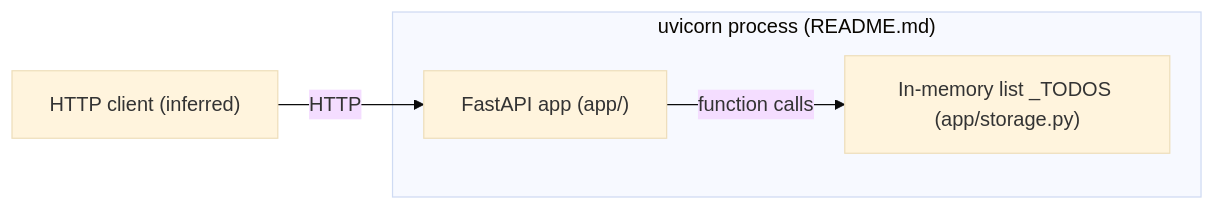
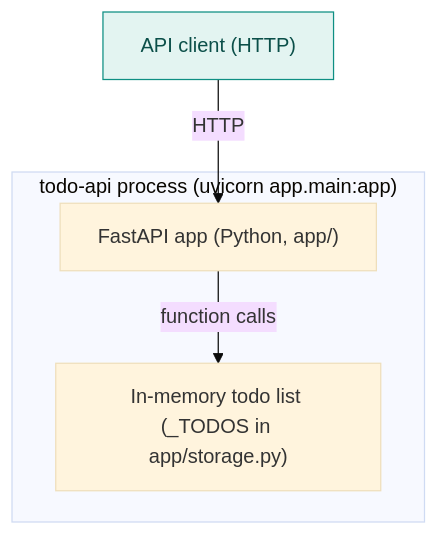
The second of 3 diagrams in examples/python-todo-api/docs/codemap/architecture.md (hxxnn/codemap), drawn with Mermaid (base theme) before and after one commit. The commit also changed other lines of this file and 35 other files, not shown here.

````diff
--- a/examples/python-todo-api/docs/codemap/architecture.md
+++ b/examples/python-todo-api/docs/codemap/architecture.md
@@ -31,10 +28,11 @@
 ```mermaid
-flowchart LR
-  client["HTTP client (inferred)"]
-  subgraph proc["uvicorn process (README.md)"]
-    api["FastAPI app (app/)"]
-    mem["In-memory list _TODOS (app/storage.py)"]
-  end
-  client -->|"HTTP"| api
-  api -->|"function calls"| mem
+flowchart TD
+    n1["API client (HTTP)"]:::external
+    subgraph n2["todo-api process (uvicorn app.main:app)"]
+        n3["FastAPI app (Python, app/)"]
+        n4["In-memory todo list (_TODOS in app/storage.py)"]
+    end
+    n1 -->|"HTTP"| n3
+    n3 -->|"function calls"| n4
+    classDef external fill:#E3F4F1,stroke:#0E8F83,color:#0B4F49
 ```
````
